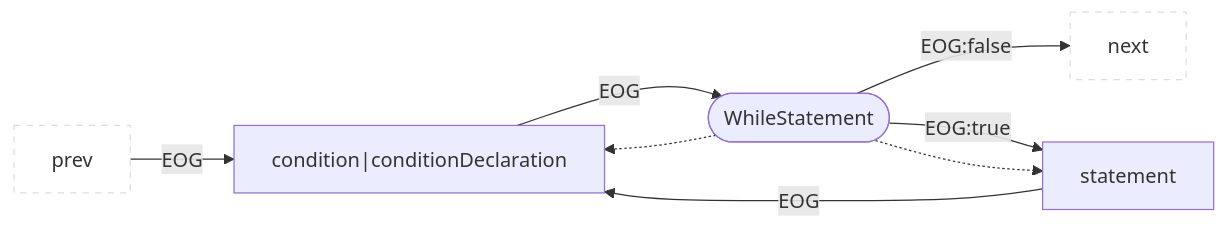
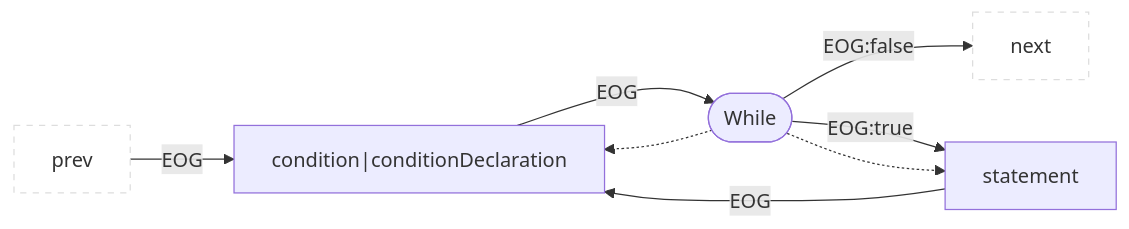
One commit to Fraunhofer-AISEC/cpg changed diagram 35 of 49 in docs/docs/CPG/specs/eog.md. Above: the diagram before and after it, drawn with Mermaid. The commit also changed other lines of this file and 99 other files, not shown here.

````diff
--- a/docs/docs/CPG/specs/eog.md
+++ b/docs/docs/CPG/specs/eog.md
@@ -688,11 +688,11 @@
 ```mermaid
 flowchart LR
   classDef outer fill:#fff,stroke:#ddd,stroke-dasharray:5 5;
   prev:::outer --EOG--> child1["condition|conditionDeclaration"]
   child1 --EOG--> parent
   parent --EOG:false--> next:::outer
-  parent(["WhileStatement"]) --EOG:true--> child3["statement"]
+  parent(["While"]) --EOG:true--> child3["statement"]
   child3 --EOG--> child1
   parent -.-> child1
   parent -.-> child3
 ```
````
